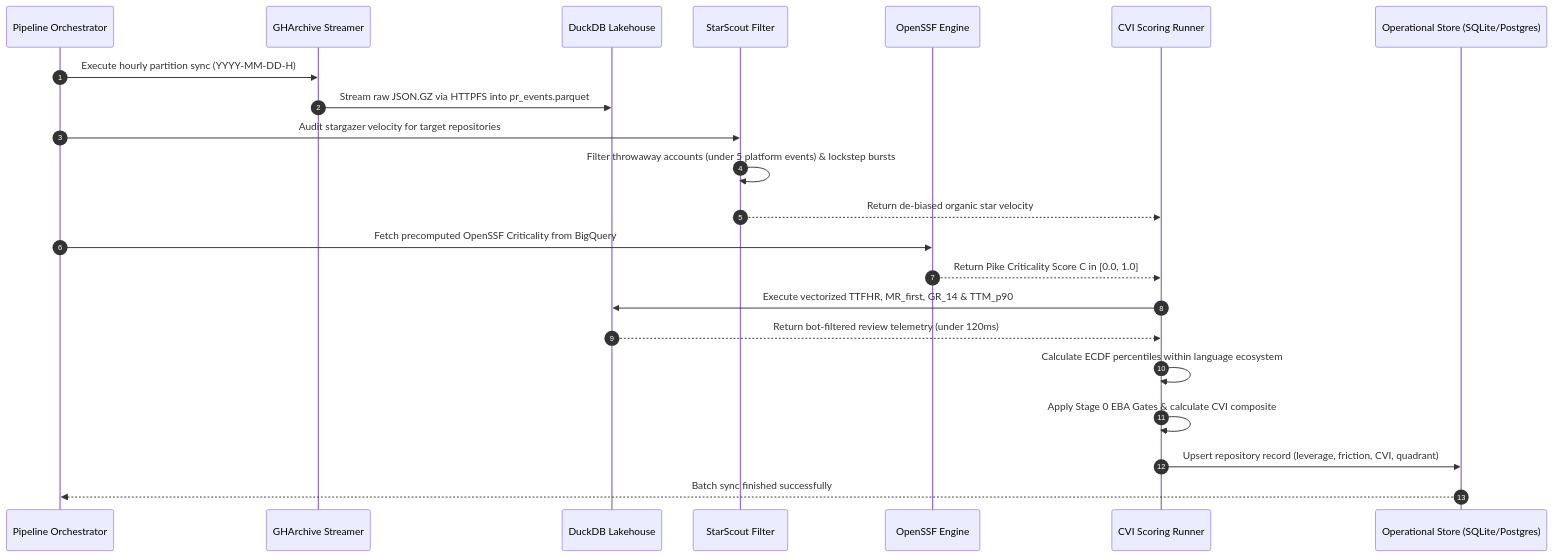
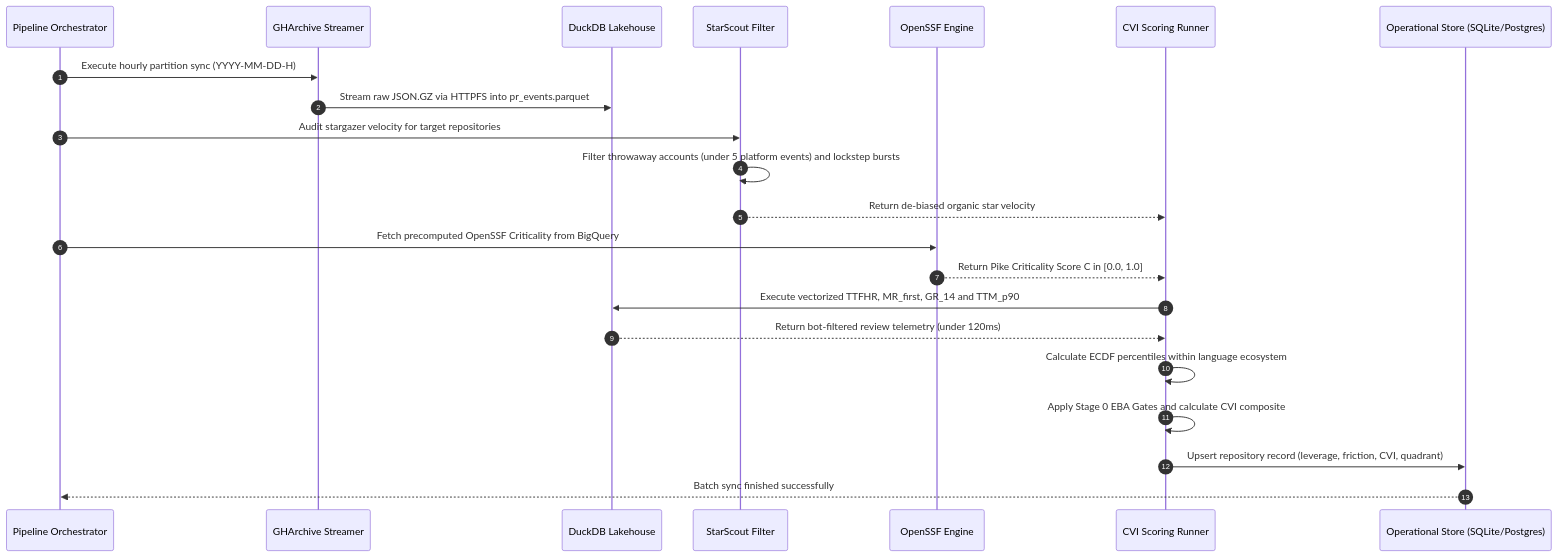
Before and after one commit to pctablet505/porchlamp-engine: the seventh of 13 diagrams in docs/ARCHITECTURE.md, drawn with Mermaid. The commit also changed other lines of this file and 3 other files, not shown here.

Commit message:
docs: resolve all GFM, KaTeX, and Mermaid rendering issues across architecture and UI specs

````diff
--- a/docs/ARCHITECTURE.md
+++ b/docs/ARCHITECTURE.md
@@ -451,25 +453,25 @@
 ```mermaid
 sequenceDiagram
     autonumber
     participant Cron as Pipeline Orchestrator
     participant GHA as GHArchive Streamer
     participant Duck as DuckDB Lakehouse
     participant Scout as StarScout Filter
     participant Pike as OpenSSF Engine
     participant Score as CVI Scoring Runner
     participant Meta as Operational Store (SQLite/Postgres)
 
     Cron->>GHA: Execute hourly partition sync (YYYY-MM-DD-H)
     GHA->>Duck: Stream raw JSON.GZ via HTTPFS into pr_events.parquet
     Cron->>Scout: Audit stargazer velocity for target repositories
-    Scout->>Scout: Filter throwaway accounts (under 5 platform events) & lockstep bursts
+    Scout->>Scout: Filter throwaway accounts (under 5 platform events) and lockstep bursts
     Scout-->>Score: Return de-biased organic star velocity
     Cron->>Pike: Fetch precomputed OpenSSF Criticality from BigQuery
     Pike-->>Score: Return Pike Criticality Score C in [0.0, 1.0]
-    Score->>Duck: Execute vectorized TTFHR, MR_first, GR_14 & TTM_p90
+    Score->>Duck: Execute vectorized TTFHR, MR_first, GR_14 and TTM_p90
     Duck-->>Score: Return bot-filtered review telemetry (under 120ms)
     Score->>Score: Calculate ECDF percentiles within language ecosystem
-    Score->>Score: Apply Stage 0 EBA Gates & calculate CVI composite
+    Score->>Score: Apply Stage 0 EBA Gates and calculate CVI composite
     Score->>Meta: Upsert repository record (leverage, friction, CVI, quadrant)
     Meta-->>Cron: Batch sync finished successfully
 ```
````
